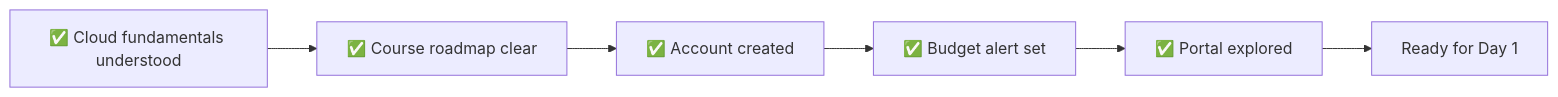
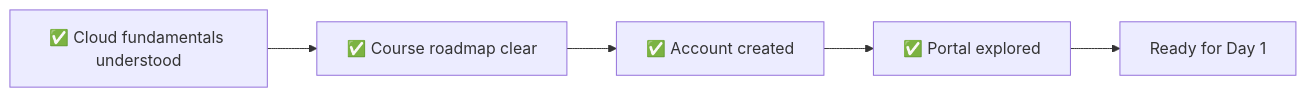
The seventh of 7 diagrams in docs/day00_account_setup.md (Iam-mithran/LWM-Azure), drawn with Mermaid before and after one commit. The commit also changed other lines of this file and 3 other files, not shown here.

Commit message:
Move budget alert from Day 0 to Day 1 — update docs, days, and youtube metadata

````diff
--- a/docs/day00_account_setup.md
+++ b/docs/day00_account_setup.md
@@ -427,8 +391,7 @@
 ```mermaid
 graph LR
     A["✅ Cloud fundamentals understood"] --> B["✅ Course roadmap clear"]
     B --> C["✅ Account created"]
-    C --> D["✅ Budget alert set"]
-    D --> E["✅ Portal explored"]
-    E --> F["Ready for Day 1"]
+    C --> D["✅ Portal explored"]
+    D --> E["Ready for Day 1"]
 ```
````
